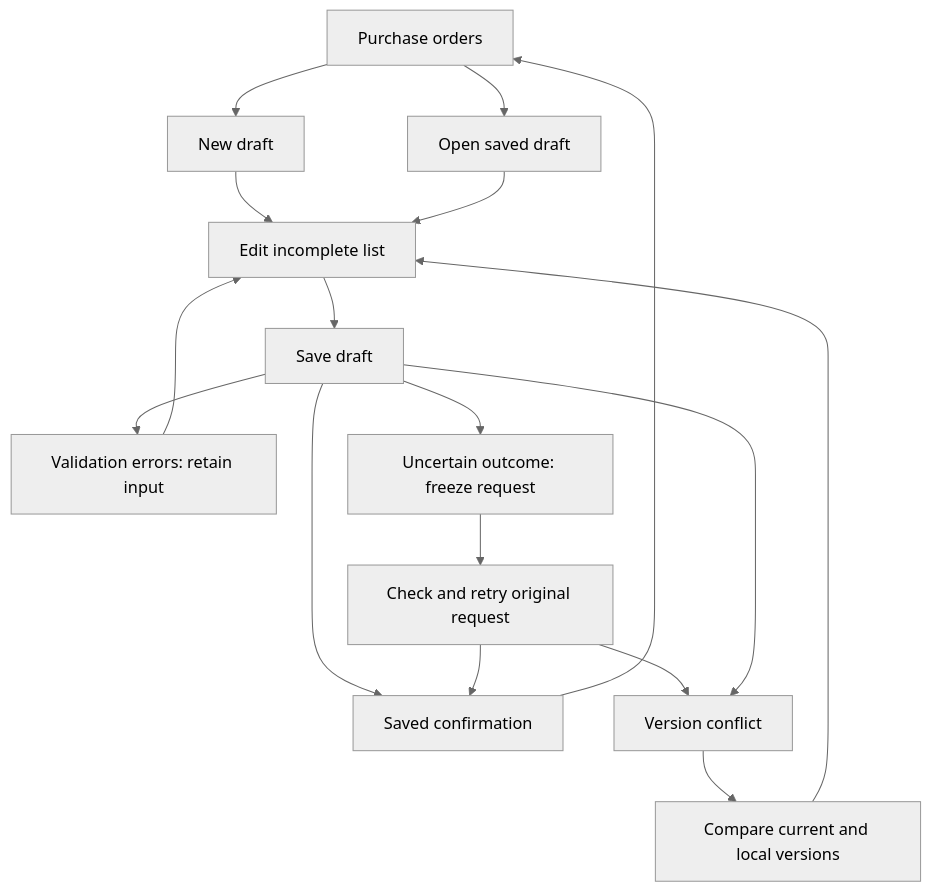
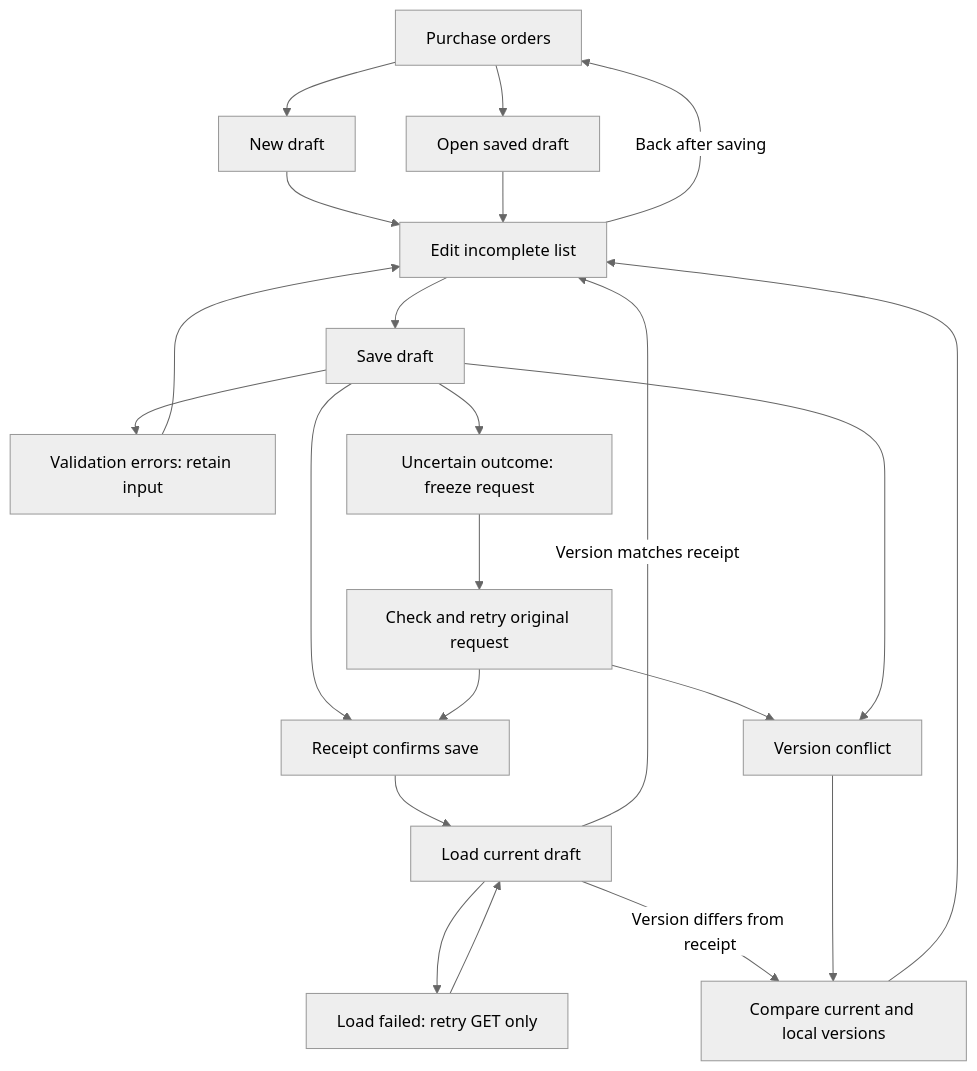
One commit to mcunille/Workbench changed the diagram in docs/specs/2026-09-11-po-01-draft-supplier-orders.md. Above: the diagram before and after it, drawn with Mermaid (neutral theme). The commit also changed other lines of this file, not shown here.

````diff
--- a/docs/specs/2026-09-11-po-01-draft-supplier-orders.md
+++ b/docs/specs/2026-09-11-po-01-draft-supplier-orders.md
@@ -337,19 +360,24 @@
 ```mermaid
 flowchart TD
   L[Purchase orders] --> N[New draft]
   L --> E[Open saved draft]
   N --> D[Edit incomplete list]
   E --> D
   D --> S[Save draft]
-  S --> OK[Saved confirmation]
-  OK --> L
+  S --> OK[Receipt confirms save]
+  OK --> G[Load current draft]
+  G -->|Version matches receipt| D
+  G --> F[Load failed: retry GET only]
+  F --> G
+  G -->|Version differs from receipt| Q
+  D -->|Back after saving| L
   S --> V[Validation errors: retain input]
   V --> D
   S --> U[Uncertain outcome: freeze request]
   U --> R[Check and retry original request]
   R --> OK
   R --> C[Version conflict]
   S --> C
   C --> Q[Compare current and local versions]
   Q --> D
 ```
````
